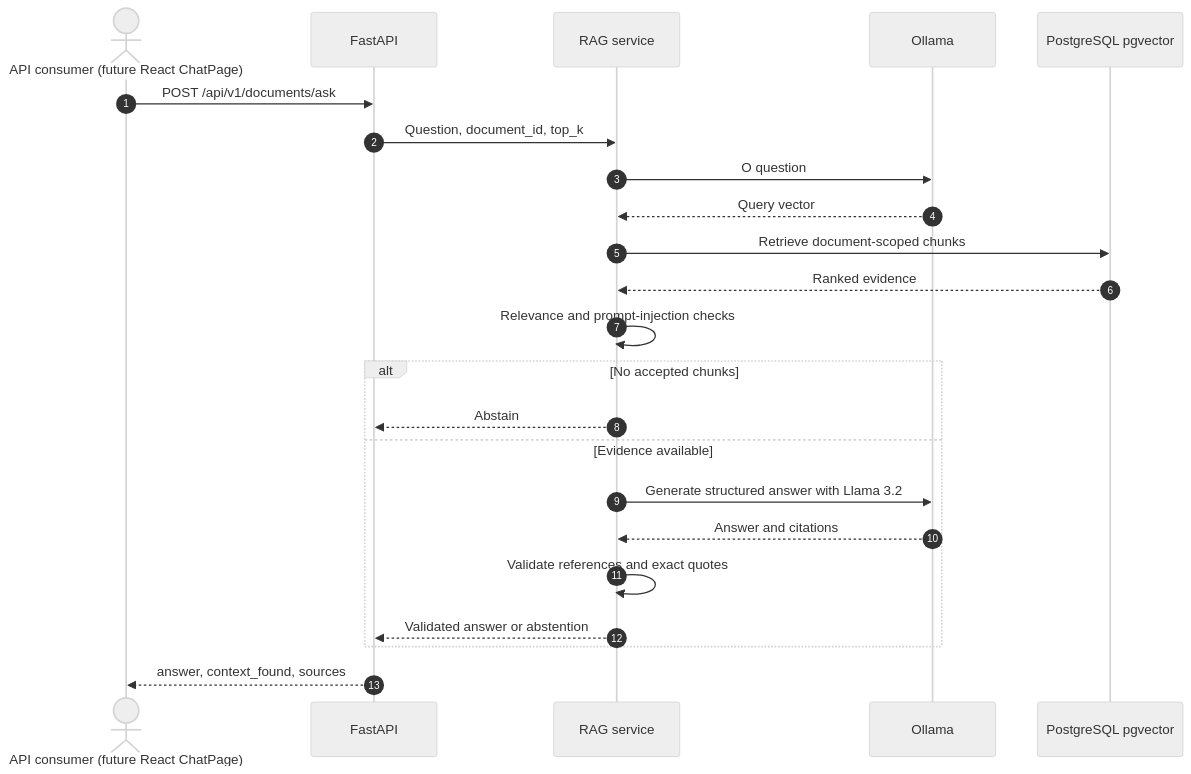
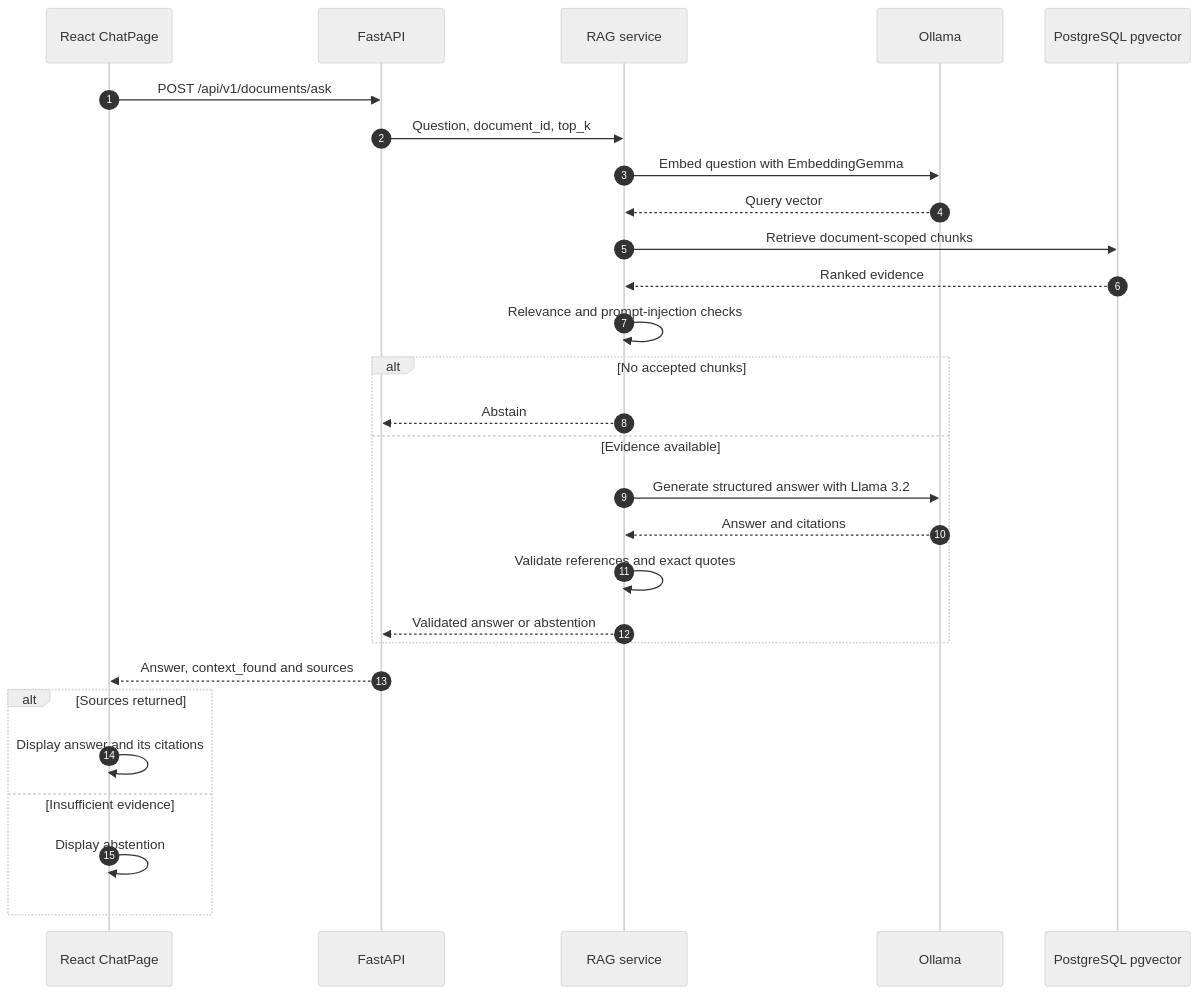
One commit to hidayatarg/enterprise-rag changed the eighth of 9 diagrams in readme.md. Above: the diagram before and after it, drawn with Mermaid (neutral theme). The commit also changed other lines of this file, not shown here.

````diff
--- a/readme.md
+++ b/readme.md
@@ -377,25 +390,30 @@
 ```mermaid
 sequenceDiagram
     autonumber
-    actor Client as API consumer (future React ChatPage)
+    participant UI as React ChatPage
     participant API as FastAPI
     participant RAG as RAG service
     participant O as Ollama
     participant DB as PostgreSQL pgvector
-    Client->>API: POST /api/v1/documents/ask
+    UI->>API: POST /api/v1/documents/ask
     API->>RAG: Question, document_id, top_k
-    RAG->>O: O question
+    RAG->>O: Embed question with EmbeddingGemma
     O-->>RAG: Query vector
     RAG->>DB: Retrieve document-scoped chunks
     DB-->>RAG: Ranked evidence
     RAG->>RAG: Relevance and prompt-injection checks
     alt No accepted chunks
         RAG-->>API: Abstain
     else Evidence available
         RAG->>O: Generate structured answer with Llama 3.2
         O-->>RAG: Answer and citations
         RAG->>RAG: Validate references and exact quotes
         RAG-->>API: Validated answer or abstention
     end
-    API-->>Client: answer, context_found, sources
+    API-->>UI: Answer, context_found and sources
+    alt Sources returned
+        UI->>UI: Display answer and its citations
+    else Insufficient evidence
+        UI->>UI: Display abstention
+    end
 ```
````
